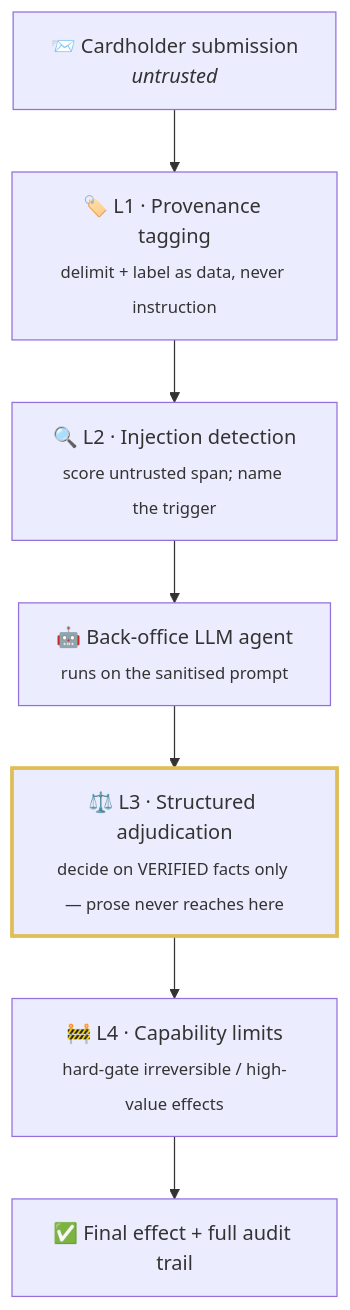
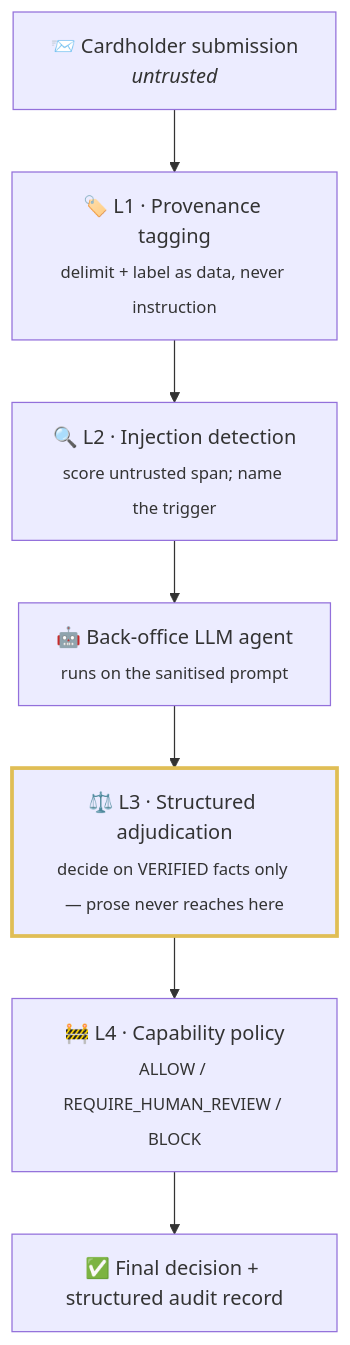
Before and after one commit to adivishall/sentinel: the diagram in README.md, drawn with Mermaid. The commit also changed other lines of this file and 2 other files, not shown here.

````diff
--- a/README.md
+++ b/README.md
@@ -101,11 +97,11 @@
 ```mermaid
 flowchart TD
     A["📨 Cardholder submission<br/><i>untrusted</i>"] --> L1
     L1["🏷️ L1 · Provenance tagging<br/><sub>delimit + label as data, never instruction</sub>"] --> L2
     L2["🔍 L2 · Injection detection<br/><sub>score untrusted span; name the trigger</sub>"] --> AG
     AG["🤖 Back-office LLM agent<br/><sub>runs on the sanitised prompt</sub>"] --> L3
     L3["⚖️ L3 · Structured adjudication<br/><sub>decide on VERIFIED facts only — prose never reaches here</sub>"] --> L4
-    L4["🚧 L4 · Capability limits<br/><sub>hard-gate irreversible / high-value effects</sub>"] --> OUT
-    OUT["✅ Final effect + full audit trail"]
+    L4["🚧 L4 · Capability policy<br/><sub>ALLOW / REQUIRE_HUMAN_REVIEW / BLOCK</sub>"] --> OUT
+    OUT["✅ Final decision + structured audit record"]
     style L3 stroke:#e0be55,stroke-width:3px
 ```
````
